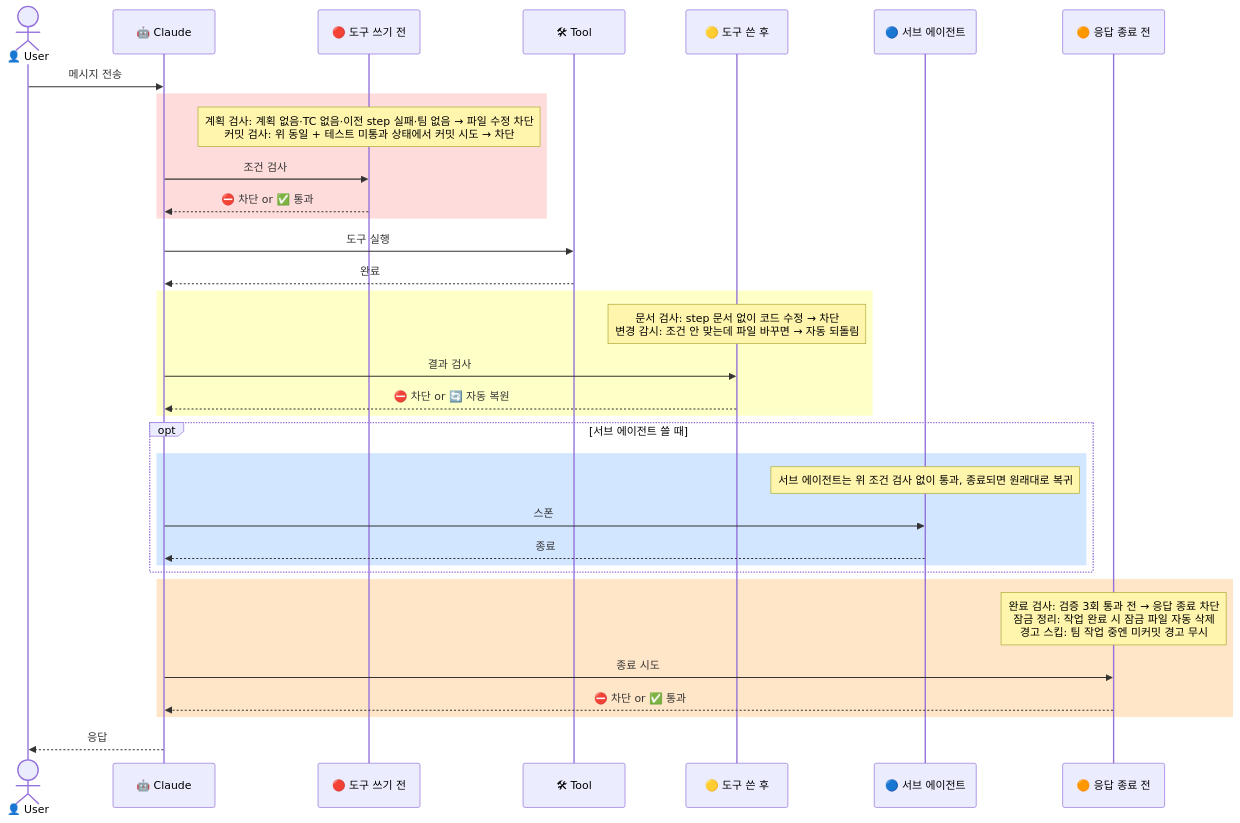
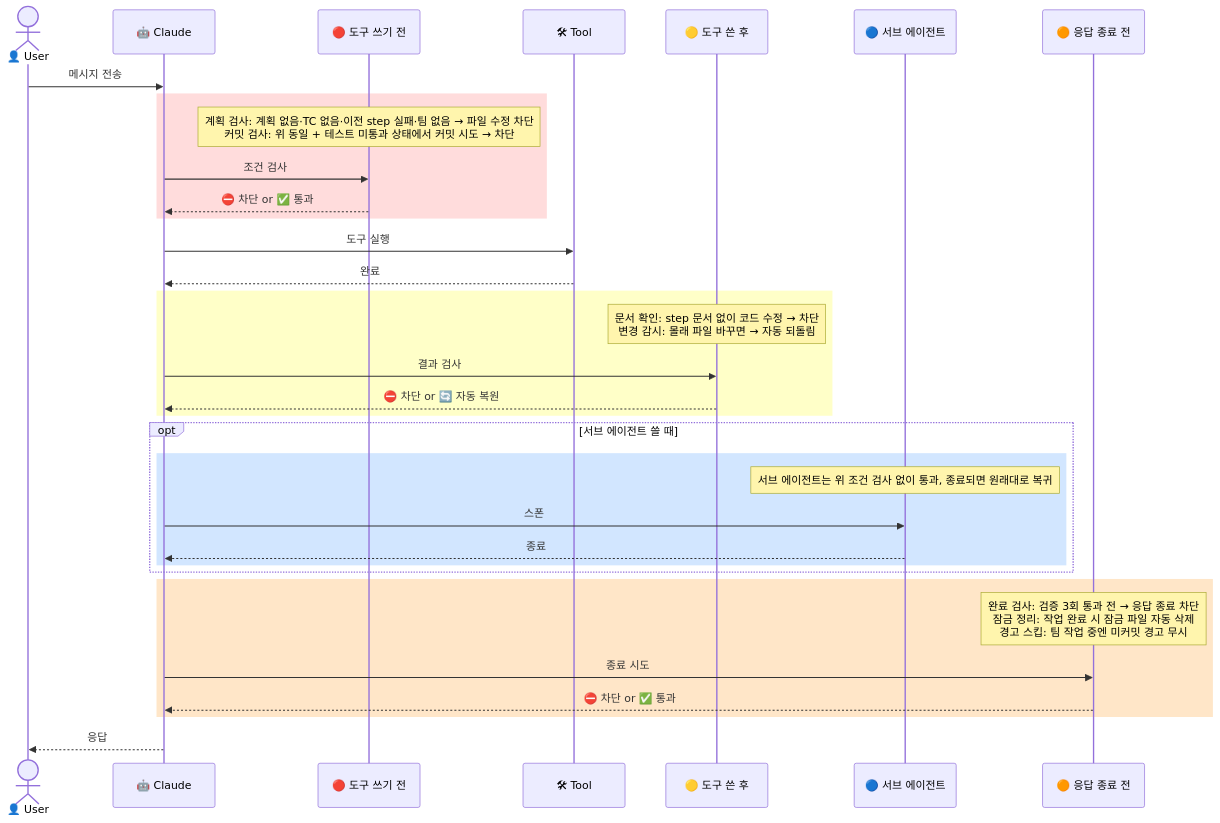
Before and after one commit to kangraemin/ai-bouncer: the diagram in docs/hooks-lifecycle.md, drawn with Mermaid. The commit also changed other lines of this file, not shown here.

Commit message:
docs: bash-audit 설명 간결화 (조건 → 몰래 파일 바꾸면)

````diff
--- a/docs/hooks-lifecycle.md
+++ b/docs/hooks-lifecycle.md
@@ -25,43 +25,43 @@
 ```mermaid
 sequenceDiagram
     actor U as 👤 User
     participant C as 🤖 Claude
     participant PRE as 🔴 도구 쓰기 전
     participant T as 🛠 Tool
     participant POST as 🟡 도구 쓴 후
     participant SUB as 🔵 서브 에이전트
     participant STP as 🟠 응답 종료 전
 
     U->>C: 메시지 전송
 
     rect rgb(255, 220, 220)
         note over PRE: 계획 검사: 계획 없음·TC 없음·이전 step 실패·팀 없음 → 파일 수정 차단<br/>커밋 검사: 위 동일 + 테스트 미통과 상태에서 커밋 시도 → 차단
         C->>PRE: 조건 검사
         PRE-->>C: ⛔ 차단 or ✅ 통과
     end
 
     C->>T: 도구 실행
     T-->>C: 완료
 
     rect rgb(255, 255, 200)
-        note over POST: 문서 검사: step 문서 없이 코드 수정 → 차단<br/>변경 감시: 조건 안 맞는데 파일 바꾸면 → 자동 되돌림
+        note over POST: 문서 확인: step 문서 없이 코드 수정 → 차단<br/>변경 감시: 몰래 파일 바꾸면 → 자동 되돌림
         C->>POST: 결과 검사
         POST-->>C: ⛔ 차단 or 🔄 자동 복원
     end
 
     opt 서브 에이전트 쓸 때
         rect rgb(210, 230, 255)
             note over SUB: 서브 에이전트는 위 조건 검사 없이 통과, 종료되면 원래대로 복귀
             C->>SUB: 스폰
             SUB-->>C: 종료
         end
     end
 
     rect rgb(255, 230, 200)
         note over STP: 완료 검사: 검증 3회 통과 전 → 응답 종료 차단<br/>잠금 정리: 작업 완료 시 잠금 파일 자동 삭제<br/>경고 스킵: 팀 작업 중엔 미커밋 경고 무시
         C->>STP: 종료 시도
         STP-->>C: ⛔ 차단 or ✅ 통과
     end
 
     C-->>U: 응답
 ```
````
